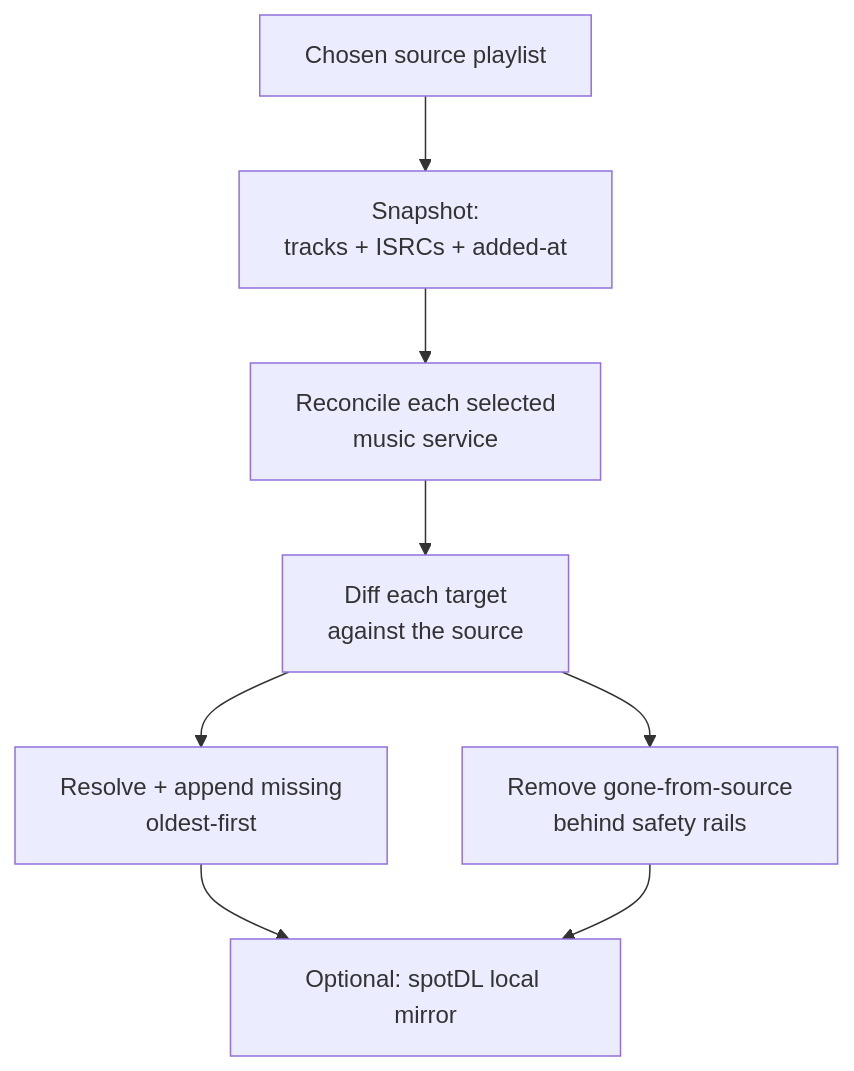
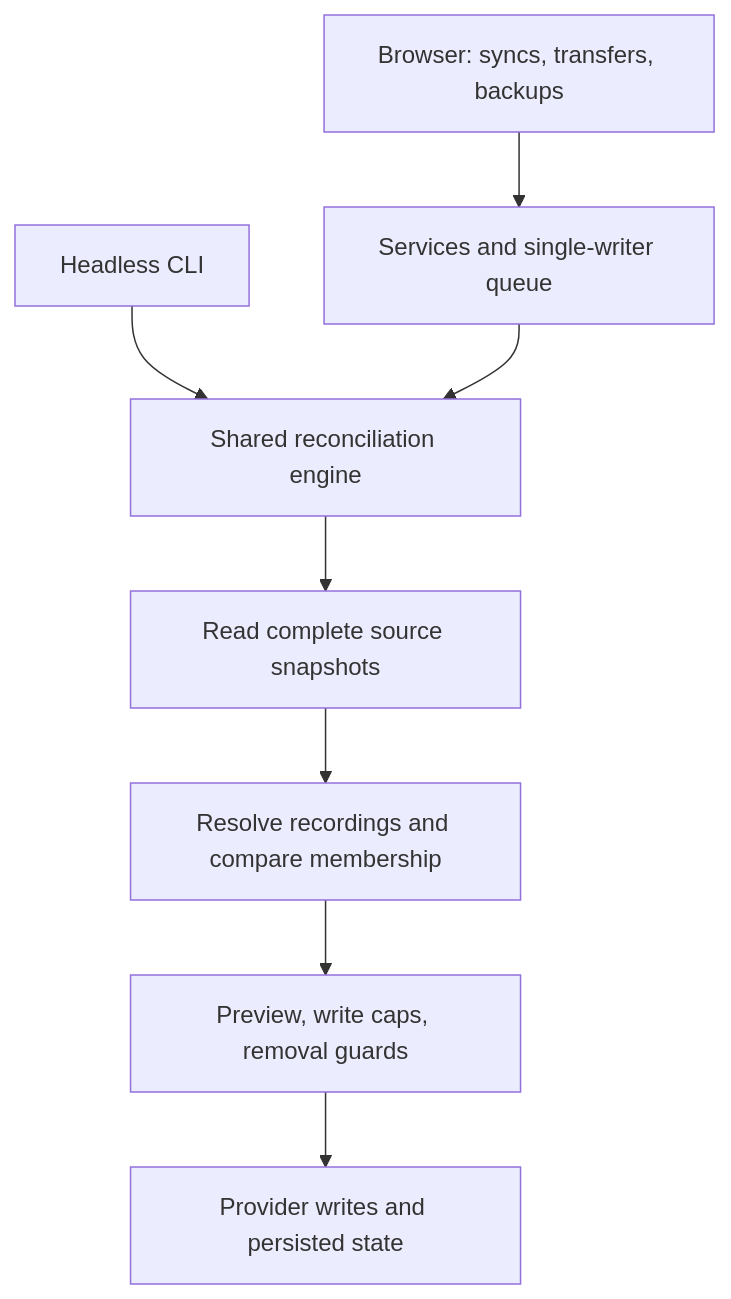
Before and after one commit to ahnafnafee/ahnafnafee.dev: the diagram in src/data/blog/songmirror-playlist-sync.mdx, drawn with Mermaid. The commit also changed other lines of this file and 17 other files, not shown here.

````diff
--- a/src/data/blog/songmirror-playlist-sync.mdx
+++ b/src/data/blog/songmirror-playlist-sync.mdx
@@ -161,10 +143,10 @@
 ```mermaid
-graph TD
-    S["Chosen source playlist"] --> SNAP["Snapshot:<br/>tracks + ISRCs + added-at"]
-    SNAP --> T["Reconcile each selected<br/>music service"]
-    T --> DIFF["Diff each target<br/>against the source"]
-    DIFF --> ADD["Resolve + append missing<br/>oldest-first"]
-    DIFF --> REM["Remove gone-from-source<br/>behind safety rails"]
-    ADD --> DL["Optional: spotDL local mirror"]
-    REM --> DL
+flowchart TD
+    UI["Browser: syncs, transfers, backups"] --> Q["Services and single-writer queue"]
+    CLI["Headless CLI"] --> E["Shared reconciliation engine"]
+    Q --> E
+    E --> R["Read complete source snapshots"]
+    R --> M["Resolve recordings and compare membership"]
+    M --> G["Preview, write caps, removal guards"]
+    G --> P["Provider writes and persisted state"]
 ```
````
